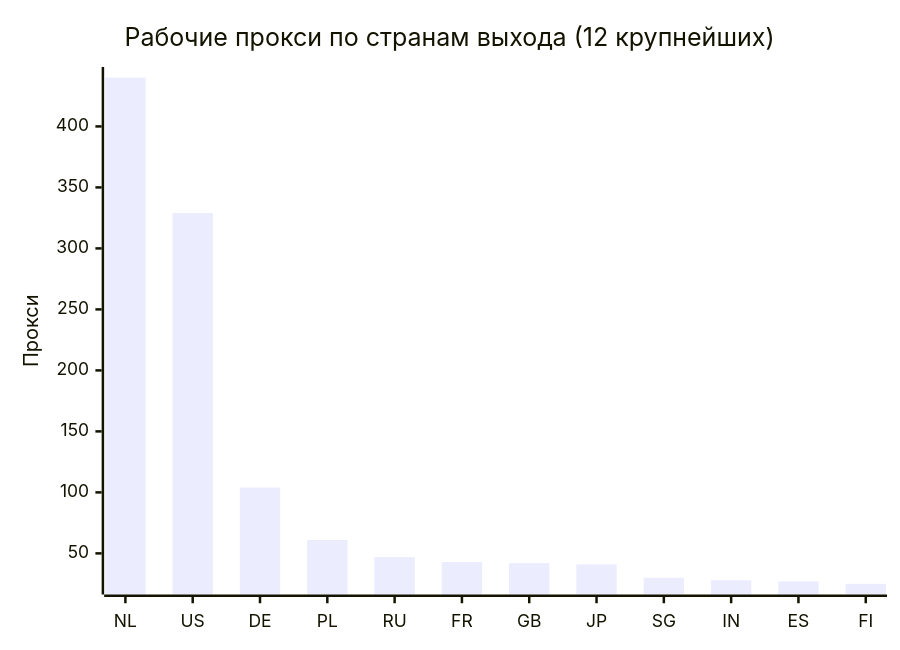
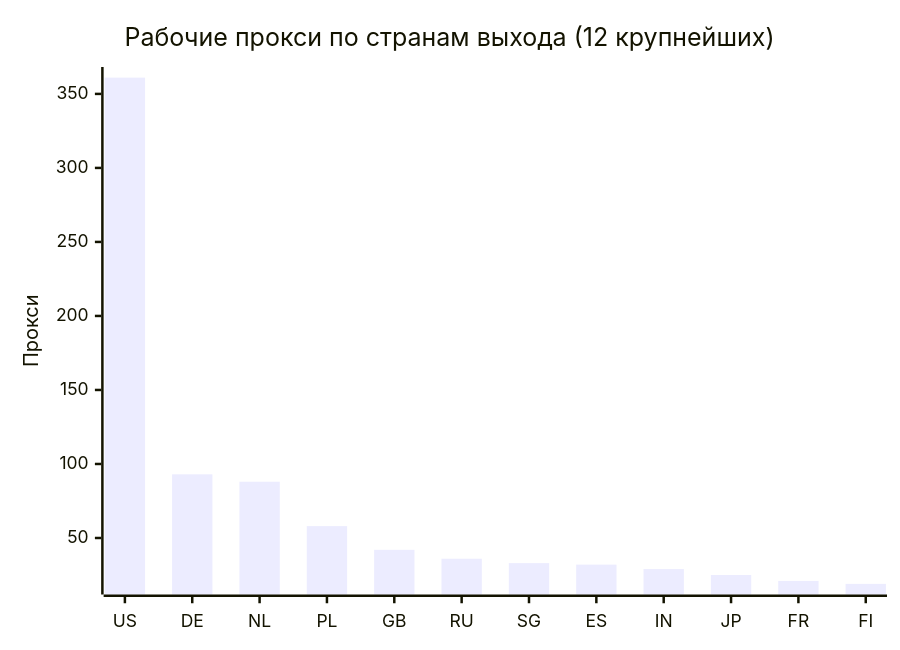
Before and after one commit to rvvg/proxy-subs: the second of 4 diagrams in README.md, drawn with Mermaid. The commit also changed other lines of this file and 51 other files, not shown here.

````diff
--- a/README.md
+++ b/README.md
@@ -128,7 +128,7 @@
 ```mermaid
 xychart-beta
     title "Рабочие прокси по странам выхода (12 крупнейших)"
-    x-axis ["NL", "US", "DE", "PL", "RU", "FR", "GB", "JP", "SG", "IN", "ES", "FI"]
+    x-axis ["US", "DE", "NL", "PL", "GB", "RU", "SG", "ES", "IN", "JP", "FR", "FI"]
     y-axis "Прокси"
-    bar [440, 329, 104, 61, 47, 43, 42, 41, 30, 28, 27, 25]
+    bar [361, 93, 88, 58, 42, 36, 33, 32, 29, 25, 21, 19]
 ```
````
